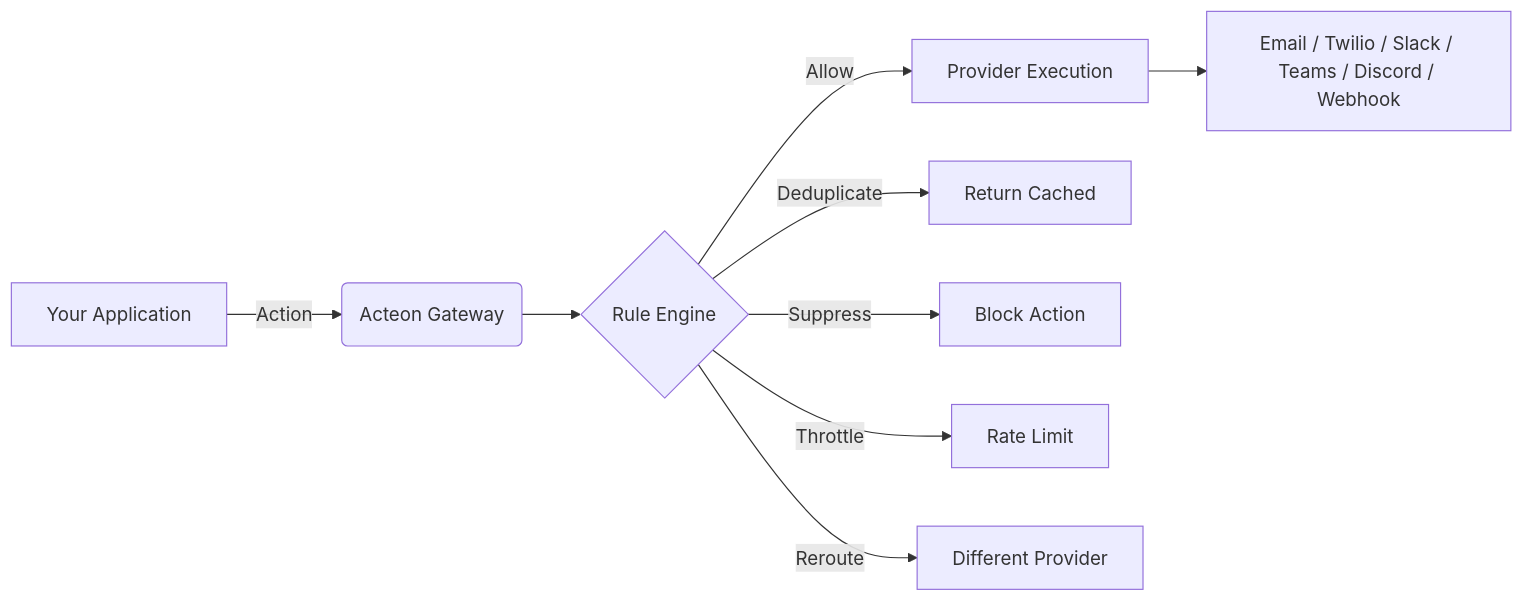
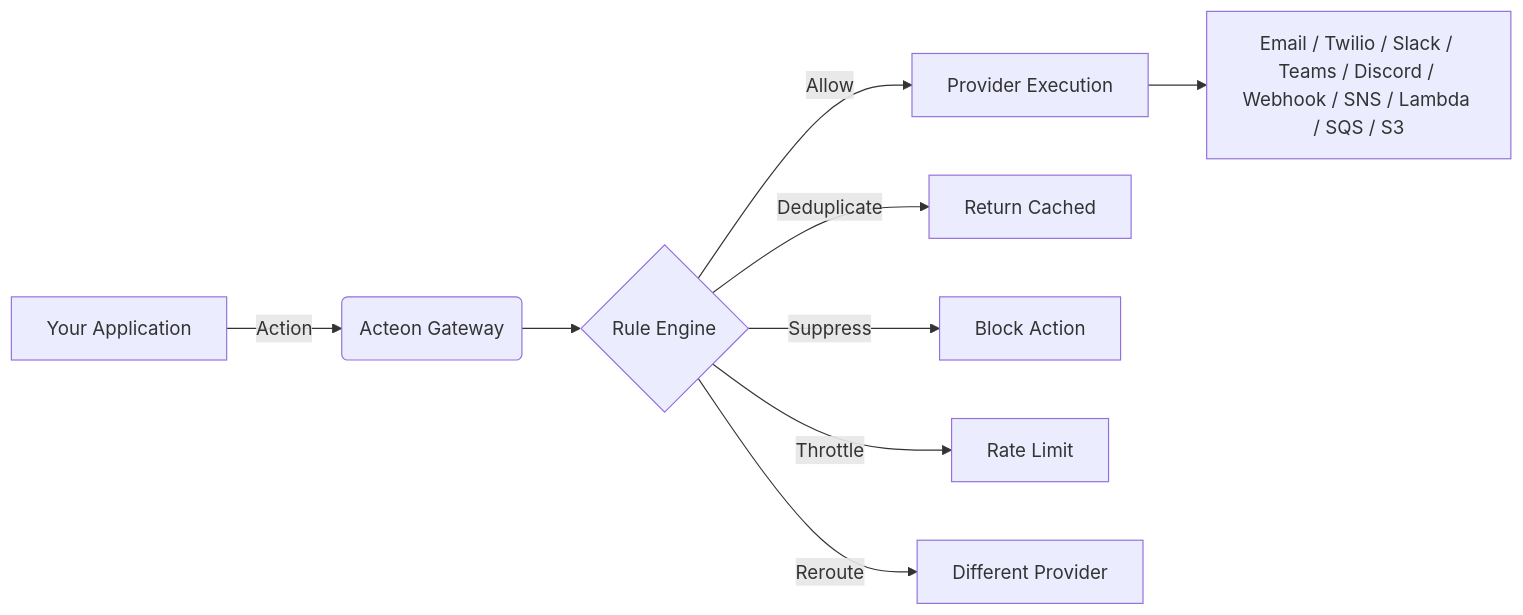
One commit to penserai/acteon changed the first of 2 diagrams in docs/book/index.md. Above: the diagram before and after it, drawn with Mermaid. The commit also changed other lines of this file and 8 other files, not shown here.

````diff
--- a/docs/book/index.md
+++ b/docs/book/index.md
@@ -30,11 +30,11 @@
 ```mermaid
 flowchart LR
     A[Your Application] -->|Action| B(Acteon Gateway)
     B --> C{Rule Engine}
     C -->|Allow| D[Provider Execution]
     C -->|Deduplicate| E[Return Cached]
     C -->|Suppress| F[Block Action]
     C -->|Throttle| G[Rate Limit]
     C -->|Reroute| H[Different Provider]
-    D --> I[Email / Twilio / Slack / Teams / Discord / Webhook]
+    D --> I[Email / Twilio / Slack / Teams / Discord / Webhook / SNS / Lambda / SQS / S3]
 ```
````
